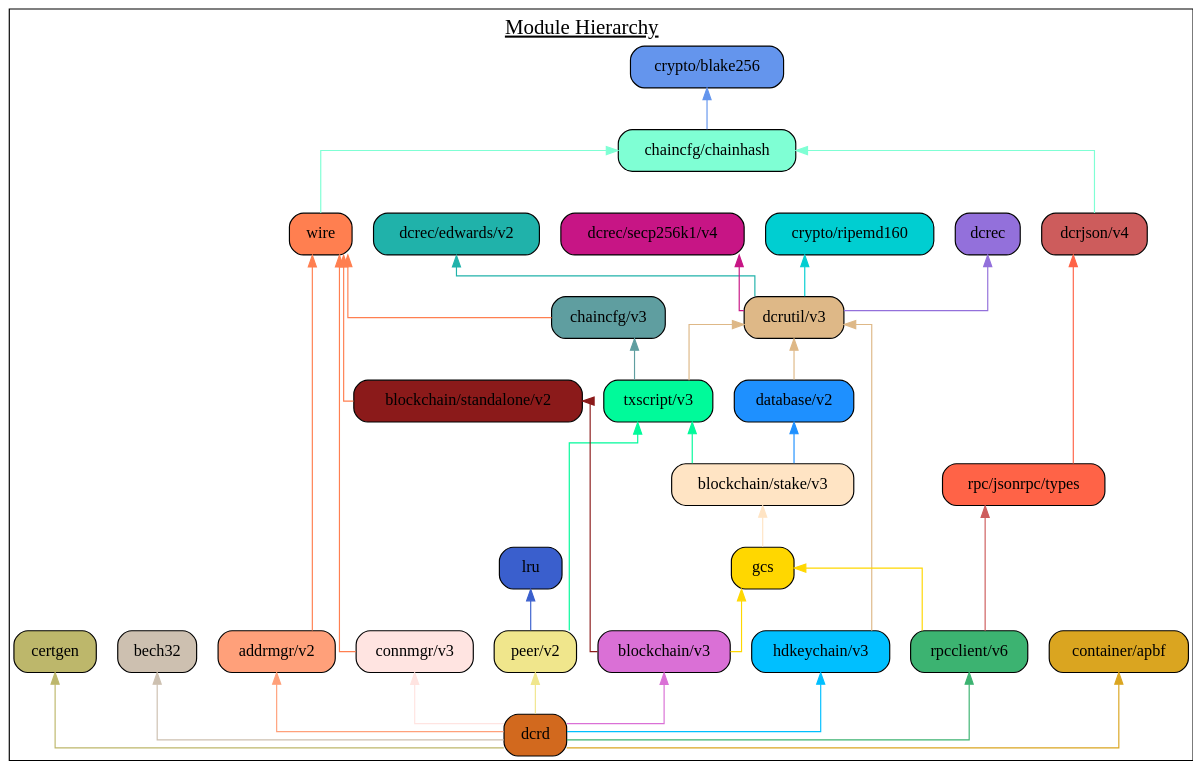
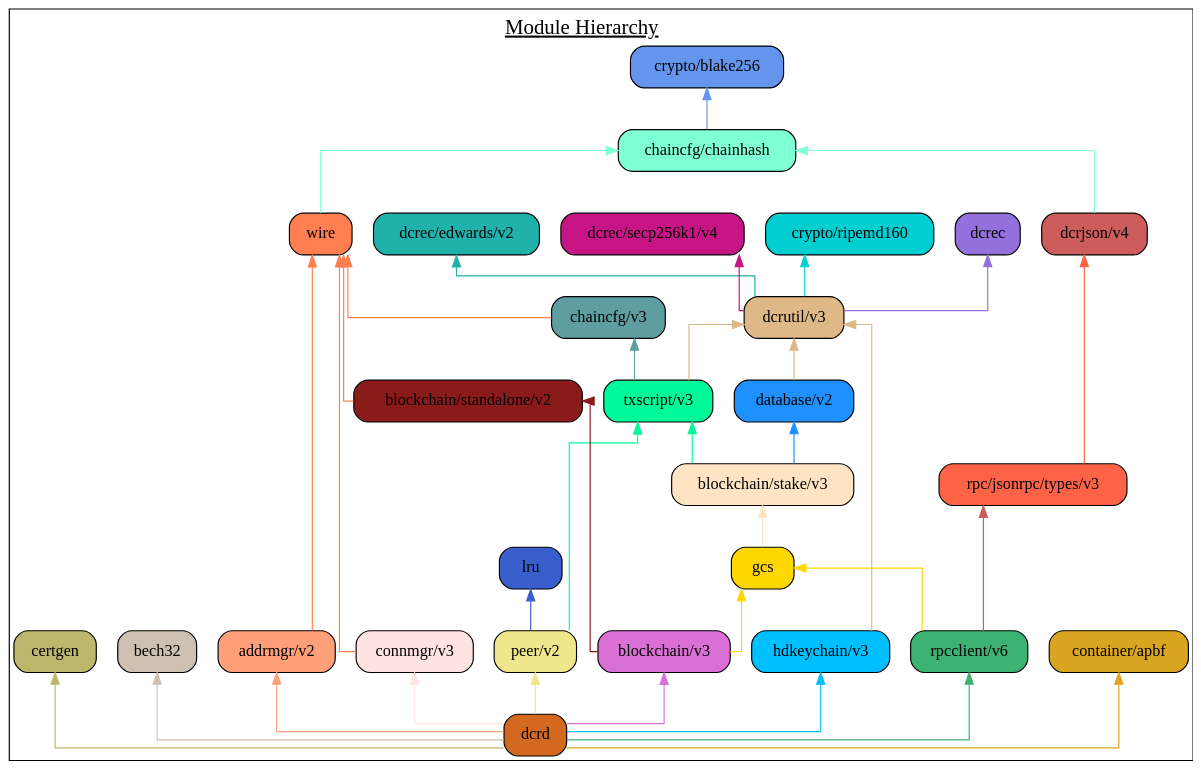
Before and after one commit to decred/dcrd: the diagram in docs/assets/module_hierarchy.gv, drawn with Graphviz. The commit also changed 2 other files, not shown here.

Commit message:
docs: Update for rpc/jsonrpc/types v3 module.
This updates the docs/README.md file, module hierarchy graphviz, and
module hierarchy diagram to reflect the new module version.

```diff
--- a/docs/assets/module_hierarchy.gv
+++ b/docs/assets/module_hierarchy.gv
@@ -1,73 +1,73 @@
 digraph {
 	graph [splines=ortho colorscheme=svg label=<<u>Module Hierarchy</u>> labelloc=t fontsize=18.0]
 	node [shape=box style="filled, rounded"]
 
 	blake256 [label="crypto/blake256" fillcolor=cornflowerblue]
 	ripemd160 [label="crypto/ripemd160" fillcolor=darkturquoise]
 	certgen [label="certgen" fillcolor=darkkhaki]
 	bech32 [label="bech32" fillcolor=antiquewhite3]
 	chainhash [label="chaincfg/chainhash" fillcolor=aquamarine]
 	dcrjson [label="dcrjson/v4" fillcolor=indianred]
-	types [label="rpc/jsonrpc/types" fillcolor=tomato]
+	types [label="rpc/jsonrpc/types/v3" fillcolor=tomato]
 	wire [label="wire" fillcolor=coral]
 	addrmgr [label="addrmgr/v2" fillcolor=lightsalmon]
 	chaincfg [label="chaincfg/v3" fillcolor=cadetblue]
 	connmgr [label="connmgr/v3" fillcolor=mistyrose]
 	dcrec [label="dcrec" fillcolor=mediumpurple]
 	edwards [label="dcrec/edwards/v2" fillcolor=lightseagreen]
 	secp256k1 [label="dcrec/secp256k1/v4" fillcolor=mediumvioletred]
 	dcrutil [label="dcrutil/v3" fillcolor=burlywood]
 	database [label="database/v2" fillcolor=dodgerblue]
 	hdkeychain [label="hdkeychain/v3" fillcolor=deepskyblue]
 	txscript [label="txscript/v3" fillcolor=mediumspringgreen]
 	stake [label="blockchain/stake/v3" fillcolor=bisque]
 	standalone [label="blockchain/standalone/v2" fillcolor=firebrick4]
 	gcs [label="gcs" fillcolor=gold]
 	blockchain [label="blockchain/v3" fillcolor=orchid]
 	lru [label="lru" fillcolor=royalblue3]
 	peer [label="peer/v2" fillcolor=khaki]
 	rpcclient [label="rpcclient/v6" fillcolor=mediumseagreen]
 	apbf [label="container/apbf" fillcolor=goldenrod]
 	dcrd [label="dcrd" fillcolor=chocolate]
 
 	{rank=same connmgr addrmgr hdkeychain peer blockchain rpcclient}
 
 	certgen
 	bech32
 	blake256 -> chainhash [dir=back color=cornflowerblue]
 	chaincfg -> txscript [dir=back color=cadetblue]
 	chainhash -> dcrjson [dir=back color=aquamarine]
 	chainhash -> wire [dir=back color=aquamarine]
 	wire -> addrmgr [dir=back color=coral]
 	wire -> chaincfg [dir=back color=coral]
 	wire -> connmgr [dir=back color=coral]
 	wire -> standalone [dir=back color=coral]
 	ripemd160 -> dcrutil [dir=back color=darkturquoise]
 	dcrec -> dcrutil [dir=back color=mediumpurple]
 	edwards -> dcrutil [dir=back color=lightseagreen]
 	secp256k1 -> dcrutil [dir=back color=mediumvioletred]
 	dcrutil -> database [dir=back color=burlywood]
 	dcrutil -> hdkeychain [dir=back color=burlywood]
 	dcrutil -> txscript [dir=back color=burlywood]
 	database -> stake [dir=back color=dodgerblue]
 	txscript -> stake [dir=back color=mediumspringgreen]
 	txscript -> peer [dir=back color=mediumspringgreen]
 	stake -> gcs [dir=back color=bisque]
 	standalone -> blockchain [dir=back color=firebrick4]
 	gcs -> blockchain [dir=back color=gold]
 	gcs -> rpcclient [dir=back color=gold]
 
 	lru -> peer [dir=back color=royalblue3]
 	dcrjson -> types [dir=back color=tomato]
 	types -> rpcclient [dir=back color=indianred]
 
 	blockchain -> dcrd [dir=back color=orchid]
 	certgen -> dcrd [dir=back color=darkkhaki]
 	bech32 -> dcrd [dir=back color=antiquewhite3]
 	addrmgr -> dcrd [dir=back color=lightsalmon]
 	hdkeychain -> dcrd [dir=back color=deepskyblue]
 	connmgr -> dcrd [dir=back color=mistyrose]
 	rpcclient -> dcrd [dir=back color=mediumseagreen]
 	peer -> dcrd [dir=back color=khaki]
 	apbf -> dcrd [dir=back color=goldenrod]
 }
```
